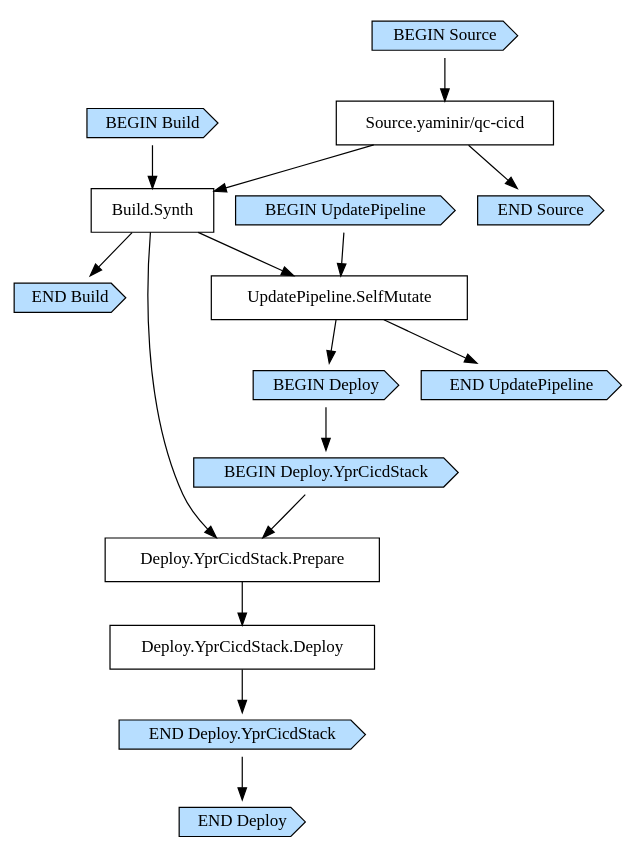
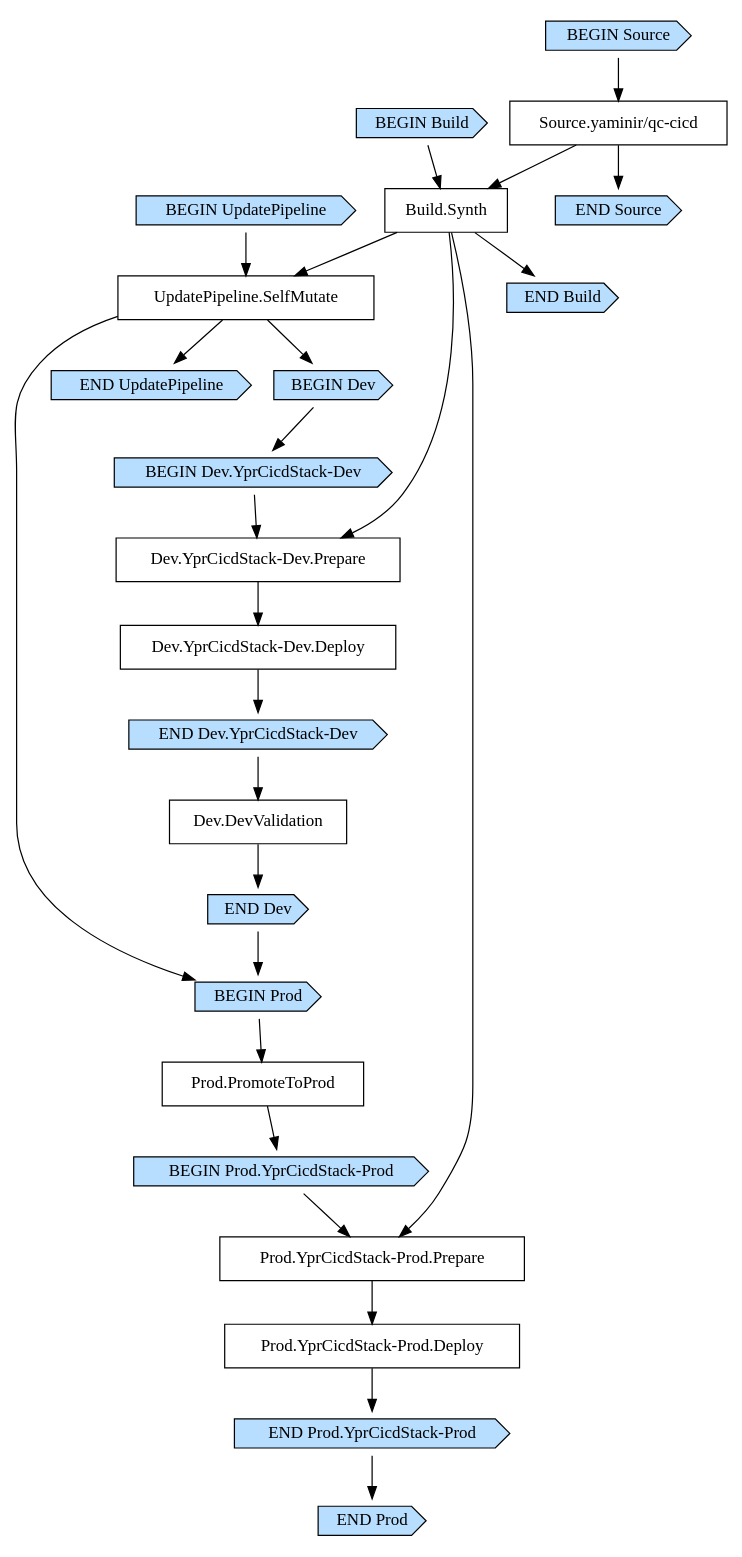
One commit to yaminir/qc-cicd changed the diagram in cdk.out/PipelineStackPipeline9DB740AF.dot. Above: the diagram before and after it, drawn with Graphviz. The commit also changed 17 other files, not shown here.

```diff
--- a/cdk.out/PipelineStackPipeline9DB740AF.dot
+++ b/cdk.out/PipelineStackPipeline9DB740AF.dot
@@ -1,37 +1,55 @@
 digraph G {
   # Arrows represent an "unlocks" relationship (opposite of dependency). So chosen
   # because the layout looks more natural that way.
   # To represent subgraph dependencies, subgraphs are represented by BEGIN/END nodes.
   # To render: `dot -Tsvg PipelineStackPipeline9DB740AF.dot > graph.svg`, open in a browser.
   node [shape="box"];
 "BEGIN Build" [shape="cds", style="filled", fillcolor="#b7deff"];
 "END Build" [shape="cds", style="filled", fillcolor="#b7deff"];
 "Build.Synth";
 "Source.yaminir/qc-cicd" -> "Build.Synth";
 "BEGIN Build" -> "Build.Synth";
 "Build.Synth" -> "END Build";
 "BEGIN UpdatePipeline" [shape="cds", style="filled", fillcolor="#b7deff"];
 "END UpdatePipeline" [shape="cds", style="filled", fillcolor="#b7deff"];
 "UpdatePipeline.SelfMutate";
 "Build.Synth" -> "UpdatePipeline.SelfMutate";
 "BEGIN UpdatePipeline" -> "UpdatePipeline.SelfMutate";
 "UpdatePipeline.SelfMutate" -> "END UpdatePipeline";
-"BEGIN Deploy" [shape="cds", style="filled", fillcolor="#b7deff"];
-"END Deploy" [shape="cds", style="filled", fillcolor="#b7deff"];
-"UpdatePipeline.SelfMutate" -> "BEGIN Deploy";
-"BEGIN Deploy.YprCicdStack" [shape="cds", style="filled", fillcolor="#b7deff"];
-"END Deploy.YprCicdStack" [shape="cds", style="filled", fillcolor="#b7deff"];
-"Deploy.YprCicdStack.Deploy";
-"Deploy.YprCicdStack.Prepare" -> "Deploy.YprCicdStack.Deploy";
-"Deploy.YprCicdStack.Prepare";
-"Build.Synth" -> "Deploy.YprCicdStack.Prepare";
-"BEGIN Deploy.YprCicdStack" -> "Deploy.YprCicdStack.Prepare";
-"Deploy.YprCicdStack.Deploy" -> "END Deploy.YprCicdStack";
-"BEGIN Deploy" -> "BEGIN Deploy.YprCicdStack";
-"END Deploy.YprCicdStack" -> "END Deploy";
+"BEGIN Dev" [shape="cds", style="filled", fillcolor="#b7deff"];
+"END Dev" [shape="cds", style="filled", fillcolor="#b7deff"];
+"UpdatePipeline.SelfMutate" -> "BEGIN Dev";
+"BEGIN Dev.YprCicdStack-Dev" [shape="cds", style="filled", fillcolor="#b7deff"];
+"END Dev.YprCicdStack-Dev" [shape="cds", style="filled", fillcolor="#b7deff"];
+"Dev.YprCicdStack-Dev.Deploy";
+"Dev.YprCicdStack-Dev.Prepare" -> "Dev.YprCicdStack-Dev.Deploy";
+"Dev.YprCicdStack-Dev.Prepare";
+"Build.Synth" -> "Dev.YprCicdStack-Dev.Prepare";
+"BEGIN Dev.YprCicdStack-Dev" -> "Dev.YprCicdStack-Dev.Prepare";
+"Dev.YprCicdStack-Dev.Deploy" -> "END Dev.YprCicdStack-Dev";
+"Dev.DevValidation";
+"END Dev.YprCicdStack-Dev" -> "Dev.DevValidation";
+"BEGIN Dev" -> "BEGIN Dev.YprCicdStack-Dev";
+"Dev.DevValidation" -> "END Dev";
+"BEGIN Prod" [shape="cds", style="filled", fillcolor="#b7deff"];
+"END Prod" [shape="cds", style="filled", fillcolor="#b7deff"];
+"UpdatePipeline.SelfMutate" -> "BEGIN Prod";
+"END Dev" -> "BEGIN Prod";
+"BEGIN Prod.YprCicdStack-Prod" [shape="cds", style="filled", fillcolor="#b7deff"];
+"END Prod.YprCicdStack-Prod" [shape="cds", style="filled", fillcolor="#b7deff"];
+"Prod.PromoteToProd" -> "BEGIN Prod.YprCicdStack-Prod";
+"Prod.YprCicdStack-Prod.Deploy";
+"Prod.YprCicdStack-Prod.Prepare" -> "Prod.YprCicdStack-Prod.Deploy";
+"Prod.YprCicdStack-Prod.Prepare";
+"Build.Synth" -> "Prod.YprCicdStack-Prod.Prepare";
+"BEGIN Prod.YprCicdStack-Prod" -> "Prod.YprCicdStack-Prod.Prepare";
+"Prod.YprCicdStack-Prod.Deploy" -> "END Prod.YprCicdStack-Prod";
+"Prod.PromoteToProd";
+"BEGIN Prod" -> "Prod.PromoteToProd";
+"END Prod.YprCicdStack-Prod" -> "END Prod";
 "BEGIN Source" [shape="cds", style="filled", fillcolor="#b7deff"];
 "END Source" [shape="cds", style="filled", fillcolor="#b7deff"];
 "Source.yaminir/qc-cicd";
 "BEGIN Source" -> "Source.yaminir/qc-cicd";
 "Source.yaminir/qc-cicd" -> "END Source";
 }
```
